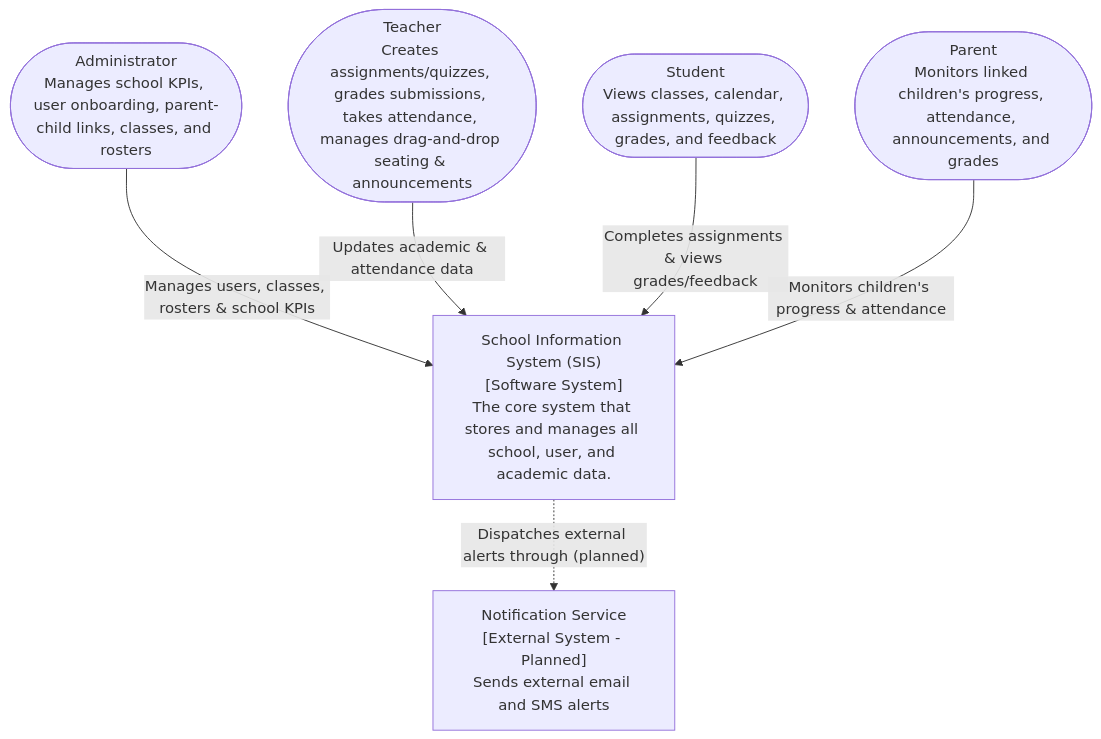
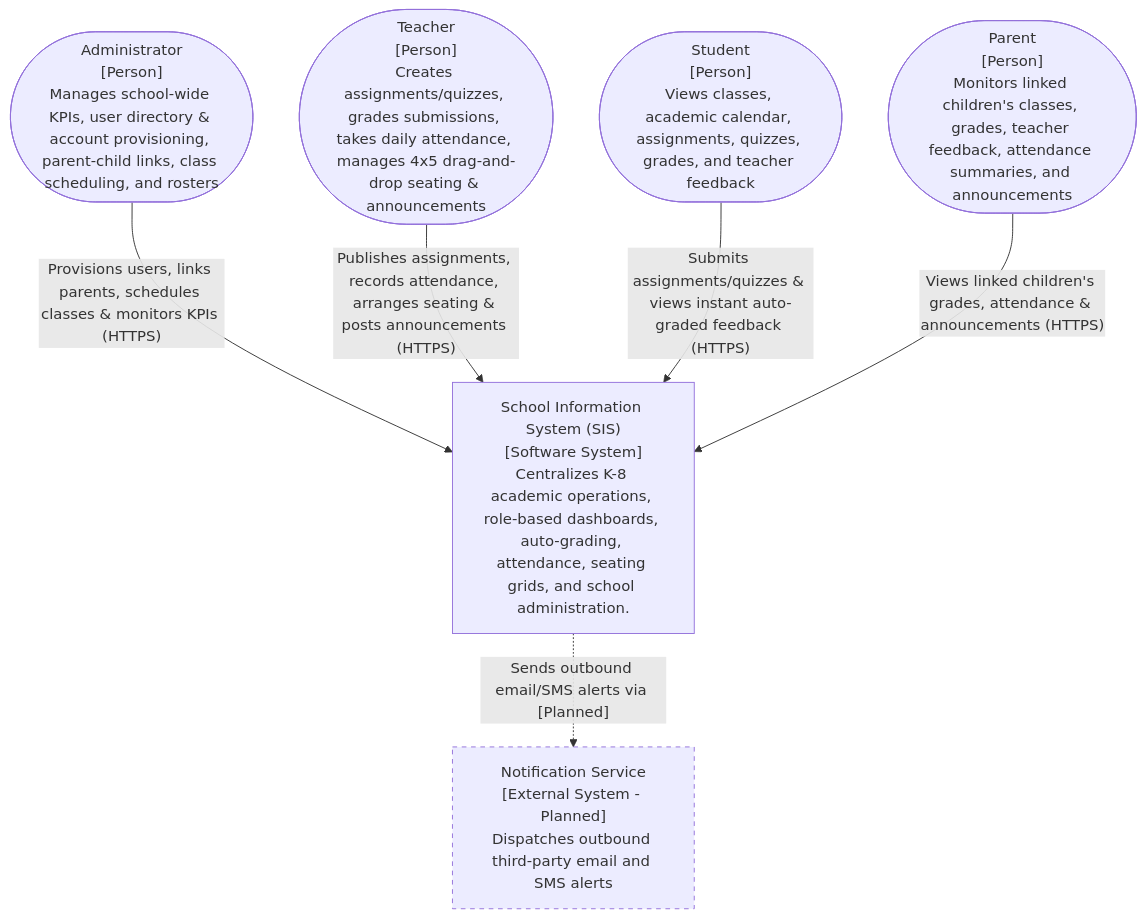
The first of 4 diagrams in README.md (JosephGabrie/cen5064-project-JosephGabrie), drawn with Mermaid before and after one commit. The commit also changed other lines of this file and 3 other files, not shown here.

````diff
--- a/README.md
+++ b/README.md
@@ -208,23 +260,25 @@
 ```mermaid
 flowchart TB
     %% Users / Actors
-    Student(["Student<br/>Views classes, calendar, assignments, quizzes, grades, and feedback"])
-    Teacher(["Teacher<br/>Creates assignments/quizzes, grades submissions, takes attendance, manages drag-and-drop seating & announcements"])
-    Parent(["Parent<br/>Monitors linked children's progress, attendance, announcements, and grades"])
-    Admin(["Administrator<br/>Manages school KPIs, user onboarding, parent-child links, classes, and rosters"])
+    Student(["Student<br/>[Person]<br/>Views classes, academic calendar, assignments, quizzes, grades, and teacher feedback"])
+    Teacher(["Teacher<br/>[Person]<br/>Creates assignments/quizzes, grades submissions, takes daily attendance, manages 4x5 drag-and-drop seating & announcements"])
+    Parent(["Parent<br/>[Person]<br/>Monitors linked children's classes, grades, teacher feedback, attendance summaries, and announcements"])
+    Admin(["Administrator<br/>[Person]<br/>Manages school-wide KPIs, user directory & account provisioning, parent-child links, class scheduling, and rosters"])
 
     %% The Core System
-    SIS["School Information System (SIS)<br/>[Software System]<br/>The core system that stores and manages all school, user, and academic data."]
+    SIS["School Information System (SIS)<br/>[Software System]<br/>Centralizes K-8 academic operations, role-based dashboards, auto-grading, attendance, seating grids, and school administration."]
 
     %% External Systems (Planned)
-    Email["Notification Service<br/>[External System - Planned]<br/>Sends external email and SMS alerts"]
+    Email["Notification Service<br/>[External System - Planned]<br/>Dispatches outbound third-party email and SMS alerts"]
 
     %% Connections (Users to System)
-    Admin -- "Manages users, classes, rosters & school KPIs" --> SIS
-    Teacher -- "Updates academic & attendance data" --> SIS
-    Student -- "Completes assignments & views grades/feedback" --> SIS
-    Parent -- "Monitors children's progress & attendance" --> SIS
+    Admin -- "Provisions users, links parents, schedules classes & monitors KPIs (HTTPS)" --> SIS
+    Teacher -- "Publishes assignments, records attendance, arranges seating & posts announcements (HTTPS)" --> SIS
+    Student -- "Submits assignments/quizzes & views instant auto-graded feedback (HTTPS)" --> SIS
+    Parent -- "Views linked children's grades, attendance & announcements (HTTPS)" --> SIS
 
     %% Connections (System to External Systems)
-    SIS -. "Dispatches external alerts through (planned)" .-> Email
+    SIS -. "Sends outbound email/SMS alerts via [Planned]" .-> Email
+
+    style Email stroke-dasharray: 5 5
 ```
````
